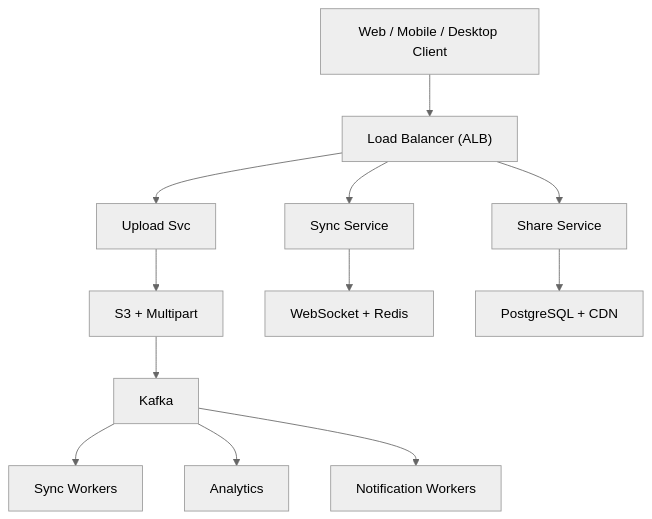
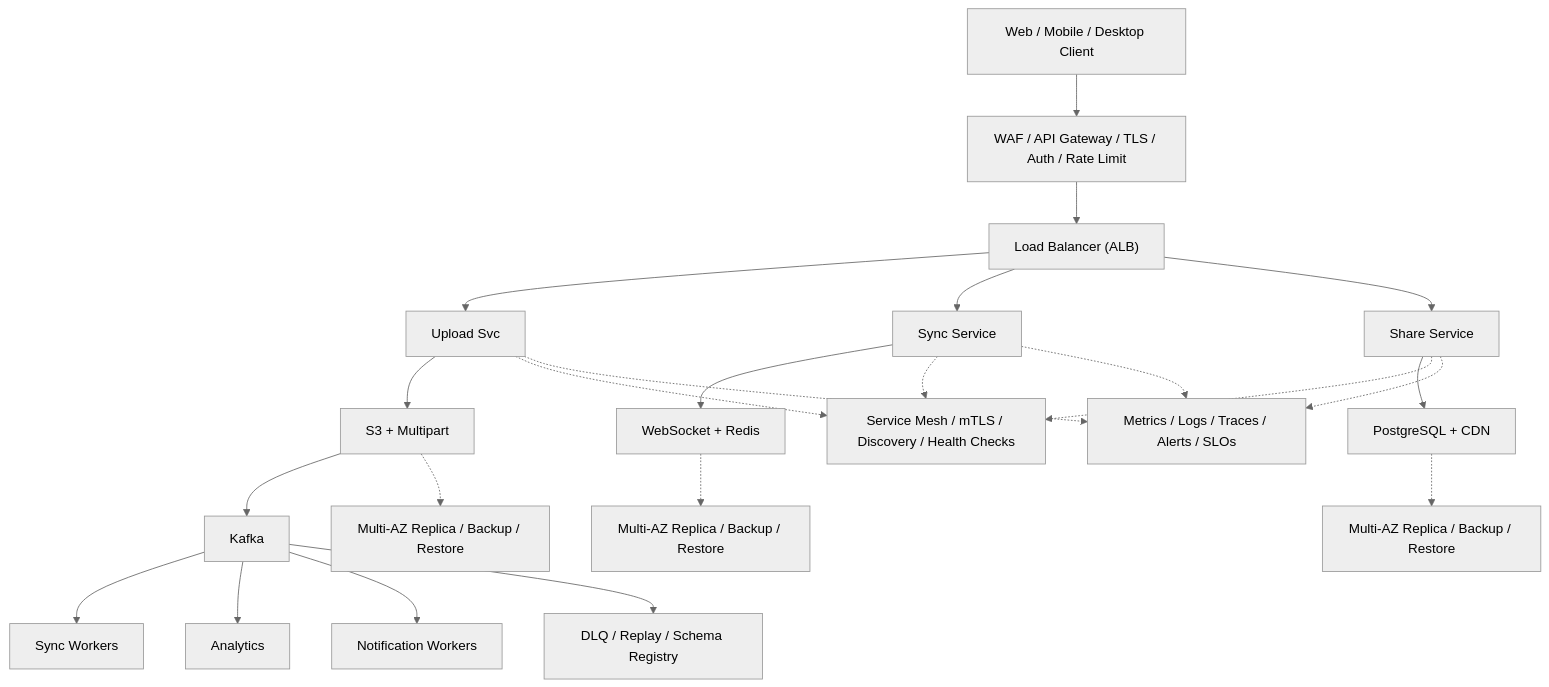
Before and after one commit to aishwary11/system-design: the diagram in system-design-file-storage.md, drawn with Mermaid (neutral theme). The commit also changed 31 other files, not shown here.

Commit message:
Add production-grade architecture details

````diff
--- a/system-design-file-storage.md
+++ b/system-design-file-storage.md
@@ -40,14 +40,25 @@
 ```mermaid
 flowchart TB
-    clients["Web / Mobile / Desktop Client"] --> lb["Load Balancer (ALB)"]
+    clients["Web / Mobile / Desktop Client"] --> edge["WAF / API Gateway / TLS / Auth / Rate Limit"]
+    edge --> lb["Load Balancer (ALB)"]
     lb --> svc0["Upload Svc"]
     lb --> svc1["Sync Service"]
     lb --> svc2["Share Service"]
     svc0 --> store0["S3 + Multipart"]
     svc1 --> store1["WebSocket + Redis"]
     svc2 --> store2["PostgreSQL + CDN"]
     store0 --> stream["Kafka"]
     stream --> worker0["Sync Workers"]
     stream --> worker1["Analytics"]
     stream --> worker2["Notification Workers"]
+    svc0 -.-> platform["Service Mesh / mTLS / Discovery / Health Checks"]
+    svc1 -.-> platform
+    svc2 -.-> platform
+    store0 -.-> backup0["Multi-AZ Replica / Backup / Restore"]
+    store1 -.-> backup1["Multi-AZ Replica / Backup / Restore"]
+    store2 -.-> backup2["Multi-AZ Replica / Backup / Restore"]
+    stream --> dlq["DLQ / Replay / Schema Registry"]
+    svc0 -.-> ops["Metrics / Logs / Traces / Alerts / SLOs"]
+    svc1 -.-> ops
+    svc2 -.-> ops
 ```
````
